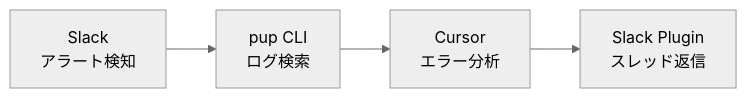
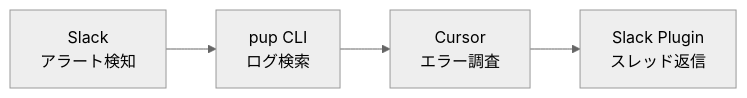
The first of 4 diagrams in articles/2026-02-20_cursor-plugin-slack-pup.md (238sakurai/public-zenn-contents), drawn with Mermaid (neutral theme) before and after one commit. The commit also changed other lines of this file, not shown here.

Commit message:
update: 修正

````diff
--- a/articles/2026-02-20_cursor-plugin-slack-pup.md
+++ b/articles/2026-02-20_cursor-plugin-slack-pup.md
@@ -65,6 +65,6 @@
 ```mermaid
 flowchart LR
   A["Slack<br>アラート検知"] --> B["pup CLI<br>ログ検索"]
-  B --> C["Cursor<br>エラー分析"]
+  B --> C["Cursor<br>エラー調査"]
   C --> D["Slack Plugin<br>スレッド返信"]
 ```
````
